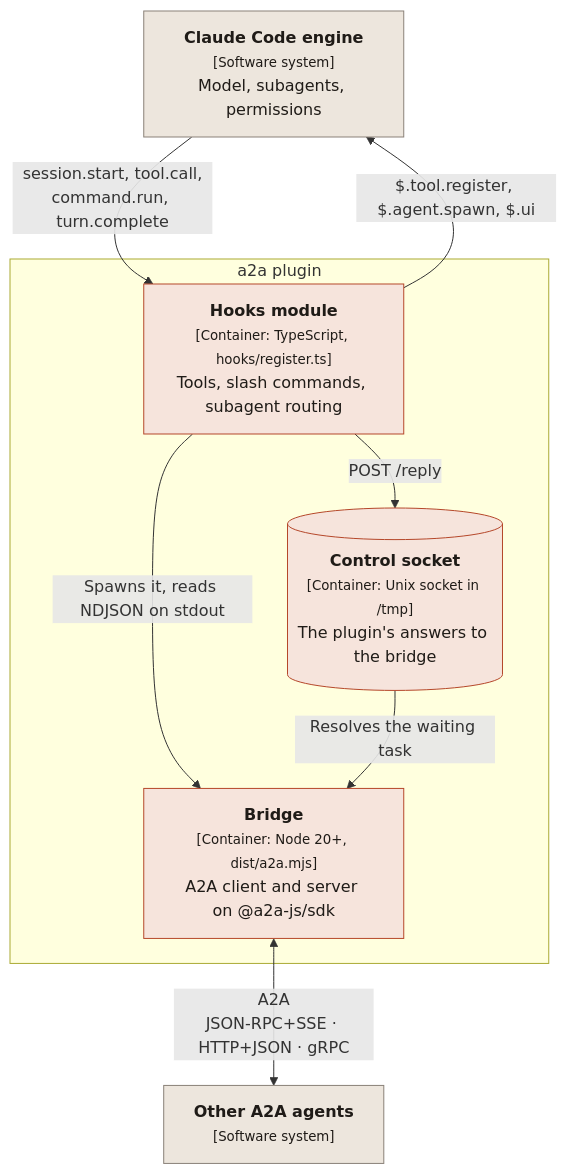
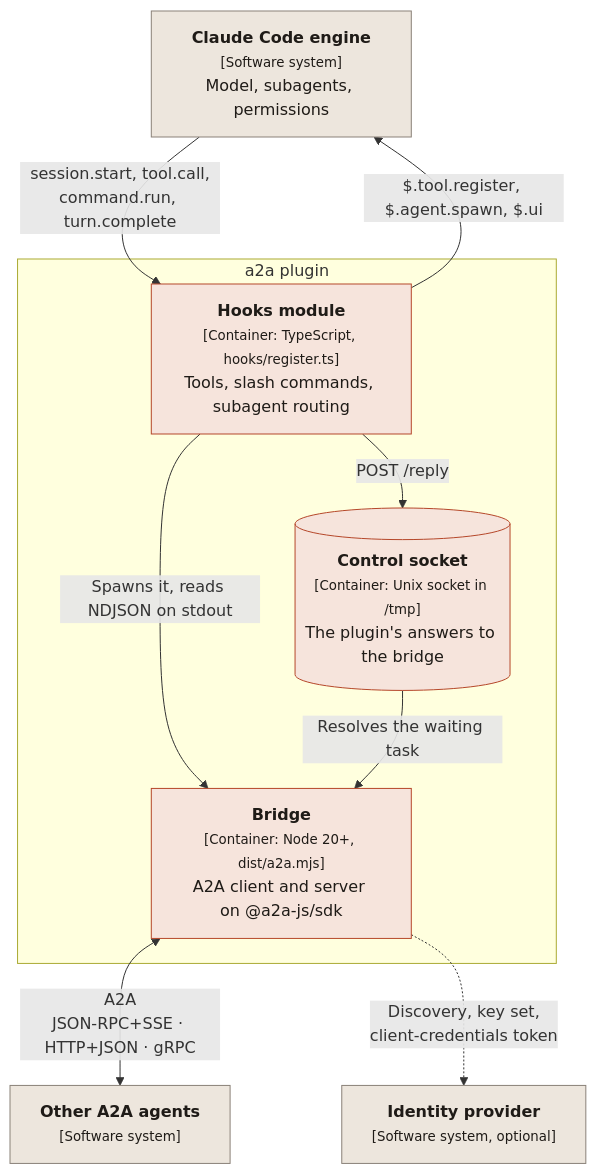
One commit to fulgas/claude-a2a changed the second of 6 diagrams in docs/architecture.md. Above: the diagram before and after it, drawn with Mermaid. The commit also changed other lines of this file, not shown here.

First line of the commit message:
docs(architecture): authentication and limits in the diagrams, decisions, risks and glossary

````diff
--- a/docs/architecture.md
+++ b/docs/architecture.md
@@ -69,22 +73,24 @@
 ```mermaid
 flowchart TB
   claude["<b>Claude Code engine</b><br/><small>[Software system]</small><br/>Model, subagents, permissions"]
   other["<b>Other A2A agents</b><br/><small>[Software system]</small>"]
+  idp["<b>Identity provider</b><br/><small>[Software system, optional]</small>"]
   subgraph plugin["a2a plugin"]
     mod["<b>Hooks module</b><br/><small>[Container: TypeScript, hooks/register.ts]</small><br/>Tools, slash commands, subagent routing"]
     bridge["<b>Bridge</b><br/><small>[Container: Node 20+, dist/a2a.mjs]</small><br/>A2A client and server on @a2a-js/sdk"]
     socket[("<b>Control socket</b><br/><small>[Container: Unix socket in /tmp]</small><br/>The plugin's answers to the bridge")]
   end
   claude -- "session.start, tool.call,<br/>command.run, turn.complete" --> mod
   mod -- "$.tool.register, $.agent.spawn, $.ui" --> claude
   mod -- "Spawns it, reads NDJSON on stdout" --> bridge
   mod -- "POST /reply" --> socket
   socket -- "Resolves the waiting task" --> bridge
   bridge <-- "A2A<br/>JSON-RPC+SSE · HTTP+JSON · gRPC" --> other
+  bridge -. "Discovery, key set,<br/>client-credentials token" .-> idp
   classDef person fill:#8E3820,stroke:#6E2A17,color:#fff
   classDef system fill:#B5472A,stroke:#8E3820,color:#fff
   classDef container fill:#F6E4DC,stroke:#B5472A,color:#1F1B17
   classDef external fill:#EDE6DD,stroke:#8A8178,color:#1F1B17
   class mod,bridge,socket container
-  class claude,other external
+  class claude,other,idp external
 ```
````
